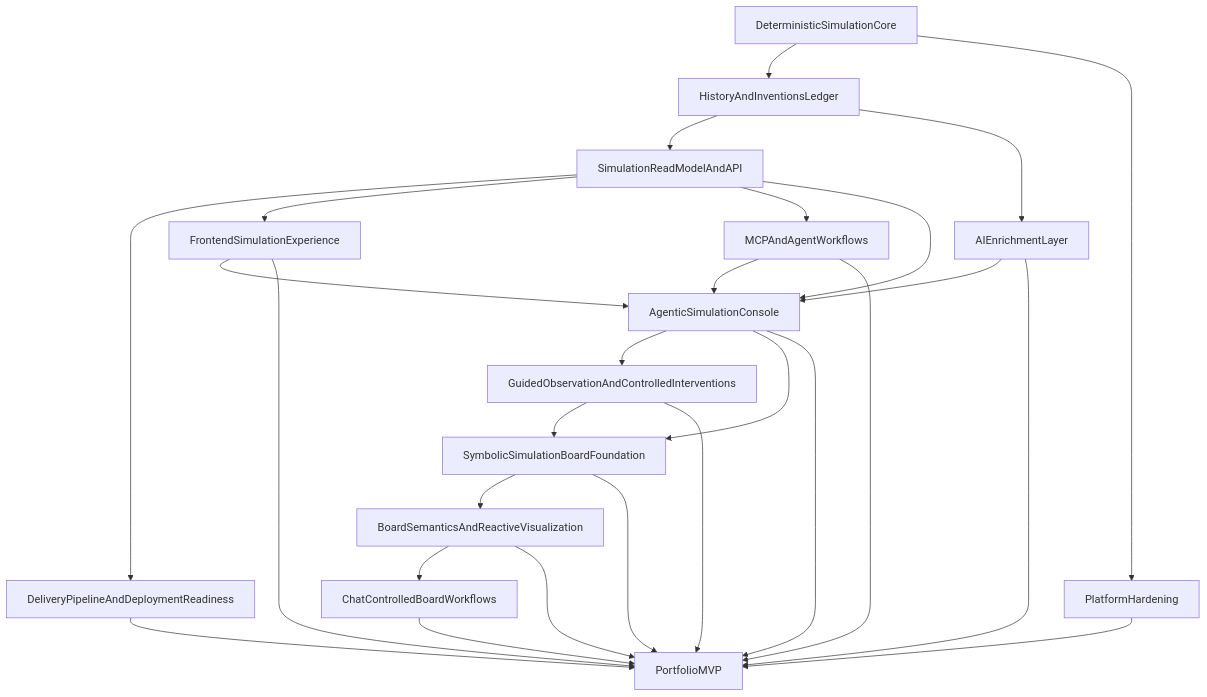
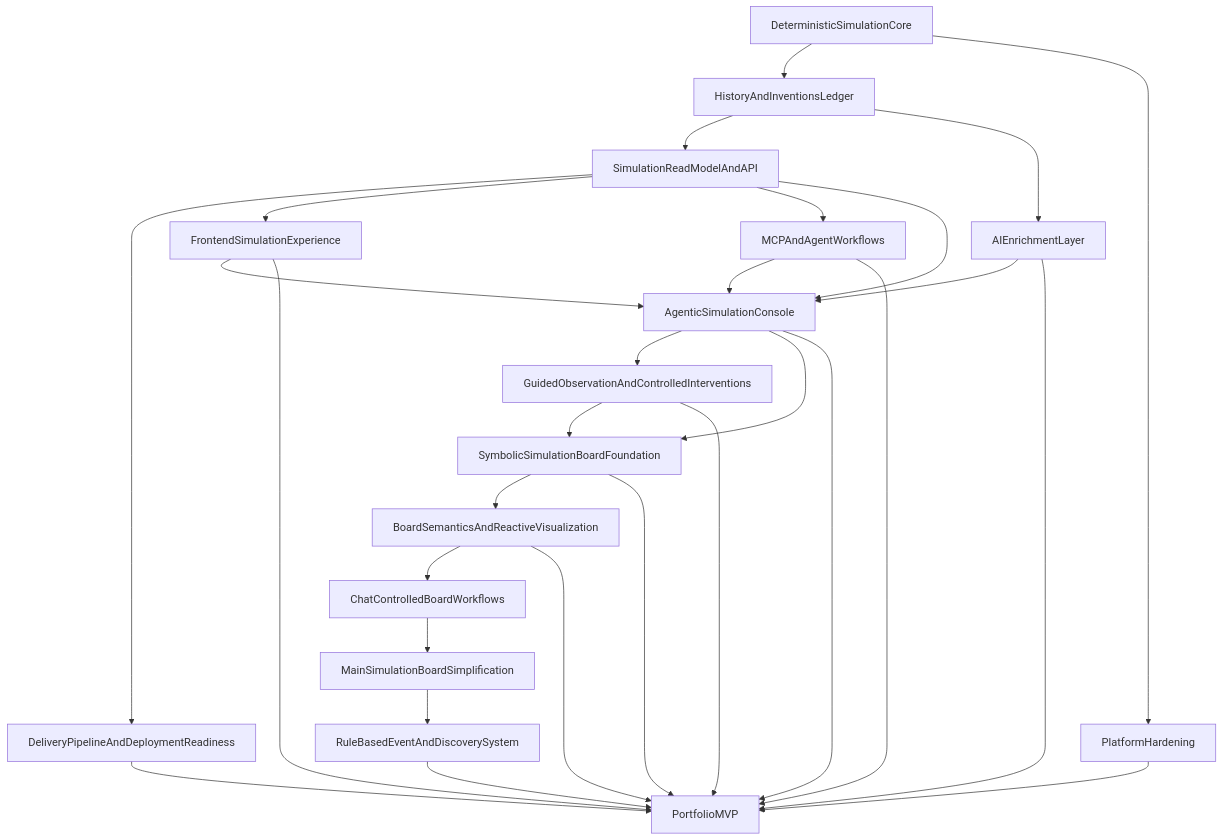
Before and after one commit to catlabs/humanaity: the diagram in docs/roadmap.md, drawn with Mermaid. The commit also changed other lines of this file and 11 other files, not shown here.

First line of the commit message:
docs: add rule matrix spec and Epic 15 sprint plan (S16–S20)

````diff
--- a/docs/roadmap.md
+++ b/docs/roadmap.md
@@ -508,29 +539,31 @@
 ```mermaid
 flowchart TD
   epic1[DeterministicSimulationCore] --> epic2[HistoryAndInventionsLedger]
   epic2 --> epic3[SimulationReadModelAndAPI]
   epic3 --> epic8[DeliveryPipelineAndDeploymentReadiness]
   epic3 --> epic4[FrontendSimulationExperience]
   epic2 --> epic5[AIEnrichmentLayer]
   epic3 --> epic7[MCPAndAgentWorkflows]
   epic3 --> epic9[AgenticSimulationConsole]
   epic4 --> epic9
   epic5 --> epic9
   epic7 --> epic9
   epic9 --> epic10[GuidedObservationAndControlledInterventions]
   epic9 --> epic11[SymbolicSimulationBoardFoundation]
   epic10 --> epic11
   epic11 --> epic12[BoardSemanticsAndReactiveVisualization]
   epic12 --> epic13[ChatControlledBoardWorkflows]
   epic1 --> epic6[PlatformHardening]
   epic8 --> mvp[PortfolioMVP]
   epic4 --> mvp[PortfolioMVP]
   epic5 --> mvp
   epic6 --> mvp
   epic7 --> mvp
   epic9 --> mvp
   epic10 --> mvp
   epic11 --> mvp
   epic12 --> mvp
-  epic13 --> mvp
+  epic13 --> epic14[MainSimulationBoardSimplification]
+  epic14 --> epic15[RuleBasedEventAndDiscoverySystem]
+  epic15 --> mvp
 ```
````
